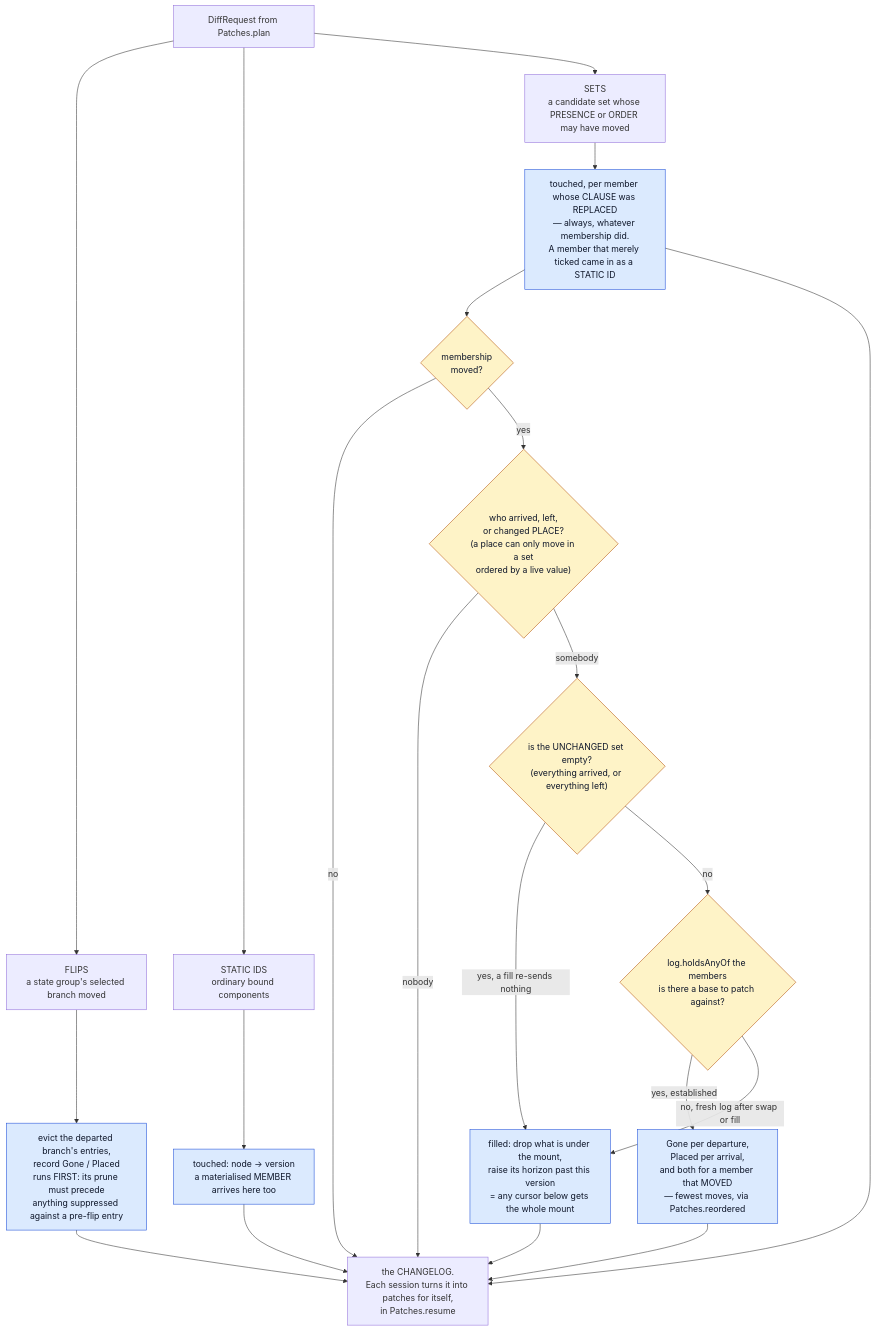
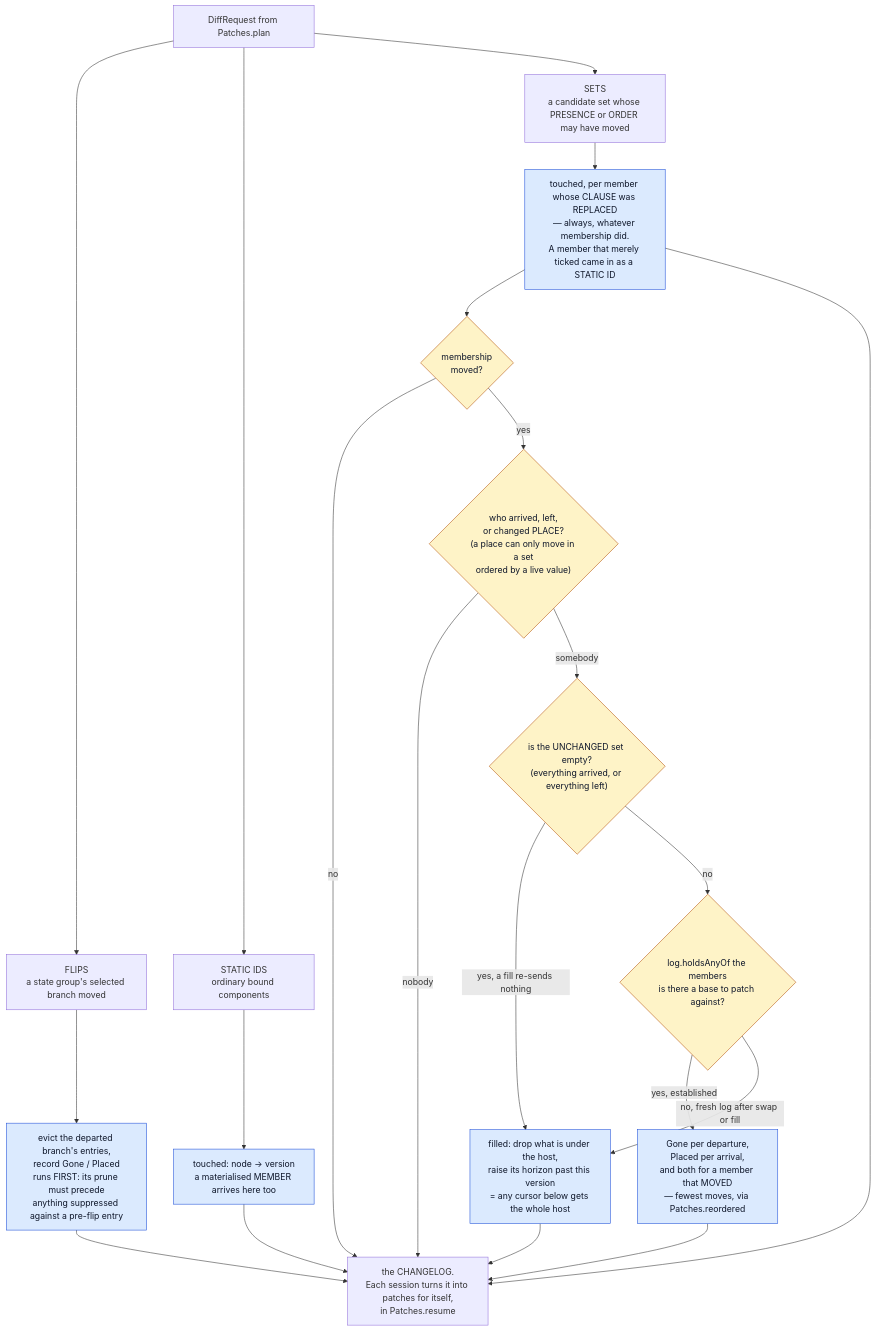
One commit to perok/functional-home-assistant changed the third of 4 diagrams in docs/architecture-rendering-pipeline.md. Above: the diagram before and after it, drawn with Mermaid. The commit also changed other lines of this file and 4 other files, not shown here.

````diff
--- a/docs/architecture-rendering-pipeline.md
+++ b/docs/architecture-rendering-pipeline.md
@@ -452,34 +452,34 @@
 ```mermaid
 flowchart TB
   REQ["DiffRequest from Patches.plan"]
 
   REQ --> FLIP["FLIPS<br/>a state group's selected branch moved"]
   REQ --> STAT["STATIC IDS<br/>ordinary bound components"]
   REQ --> DYN["SETS<br/>a candidate set whose PRESENCE or ORDER may have moved"]
 
   FLIP --> FLIPW["evict the departed branch's entries,<br/>record Gone / Placed<br/>runs FIRST: its prune must precede<br/>anything suppressed against a pre-flip entry"]
 
   STAT --> STATW["touched: node -&gt; version<br/>a materialised MEMBER arrives here too"]
 
   DYN --> REPL["touched, per member whose CLAUSE was REPLACED<br/>— always, whatever membership did.<br/>A member that merely ticked came in as a STATIC ID"]
   REPL --> SAME{"membership<br/>moved?"}
   SAME -->|no| OUT
   SAME -->|yes| SET{"who arrived, left,<br/>or changed PLACE?<br/>(a place can only move in a set<br/>ordered by a live value)"}
   SET -->|nobody| OUT
   SET -->|somebody| CHURN{"is the UNCHANGED set empty?<br/>(everything arrived, or everything left)"}
-  CHURN -->|yes, a fill re-sends nothing| FILL["filled: drop what is under the mount,<br/>raise its horizon past this version<br/>= any cursor below gets the whole mount"]
+  CHURN -->|yes, a fill re-sends nothing| FILL["filled: drop what is under the host,<br/>raise its horizon past this version<br/>= any cursor below gets the whole host"]
   CHURN -->|no| EST{"log.holdsAnyOf the members<br/>is there a base to patch against?"}
   EST -->|yes, established| DELTA["Gone per departure,<br/>Placed per arrival,<br/>and both for a member that MOVED<br/>— fewest moves, via Patches.reordered"]
   EST -->|no, fresh log after swap or fill| FILL
 
   FLIPW --> OUT["the CHANGELOG.<br/>Each session turns it into patches for itself,<br/>in Patches.resume"]
   STATW --> OUT
   REPL --> OUT
   FILL --> OUT
   DELTA --> OUT
 
   classDef write fill:#dbeafe,stroke:#1d4ed8,color:#0f172a
   classDef q fill:#fef3c7,stroke:#b45309,color:#0f172a
   class FLIPW,STATW,REPL,FILL,DELTA write
   class SAME,SET,CHURN,EST q
 ```
````
